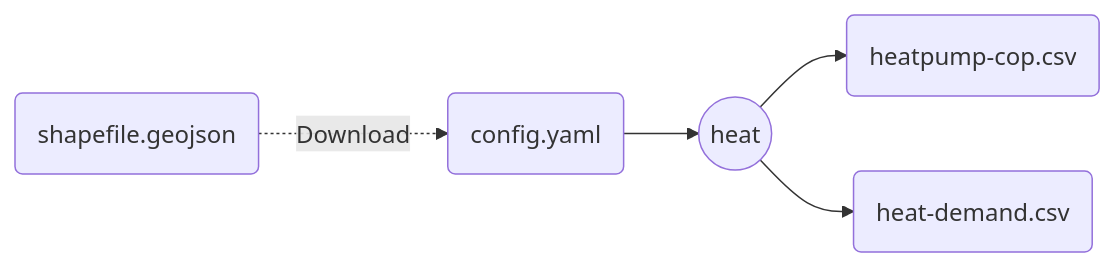
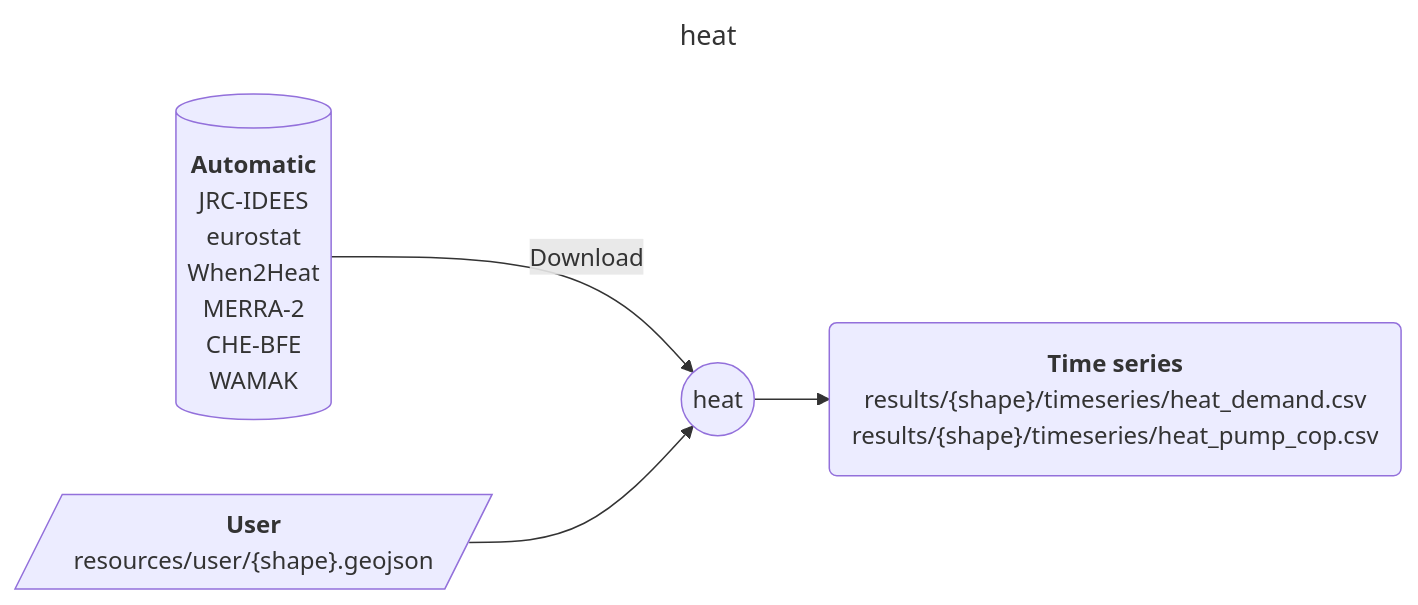
Before and after one commit to calliope-project/ec_modules: the diagram in modules/heat/README.md, drawn with Mermaid. The commit also changed other lines of this file and 20 other files, not shown here.

Commit message:
Fix heat and hydropower timeseries: no negative demand, row name = timesteps

````diff
--- a/modules/heat/README.md
+++ b/modules/heat/README.md
@@ -19,7 +13,21 @@
 ```mermaid
+---
+title: heat
+---
 flowchart LR
-    I1(shapefile.geojson) -.-> |Download| C
-    C(config.yaml) -->M((heat))
-    M --> O1(heatpump-cop.csv)
-    M --> O2(heat-demand.csv)
+    D1[("`**Automatic**
+        JRC-IDEES
+        eurostat
+        When2Heat
+        MERRA-2
+        CHE-BFE
+        WAMAK
+    `")] --> |Download| M
+    C1[/"`**User**
+        resources/user/{shape}.geojson
+    `"/] --> M((heat))
+    M --> O1("`**Time series**
+        results/{shape}/timeseries/heat_demand.csv
+        results/{shape}/timeseries/heat_pump_cop.csv
+        `")
 ```
````
